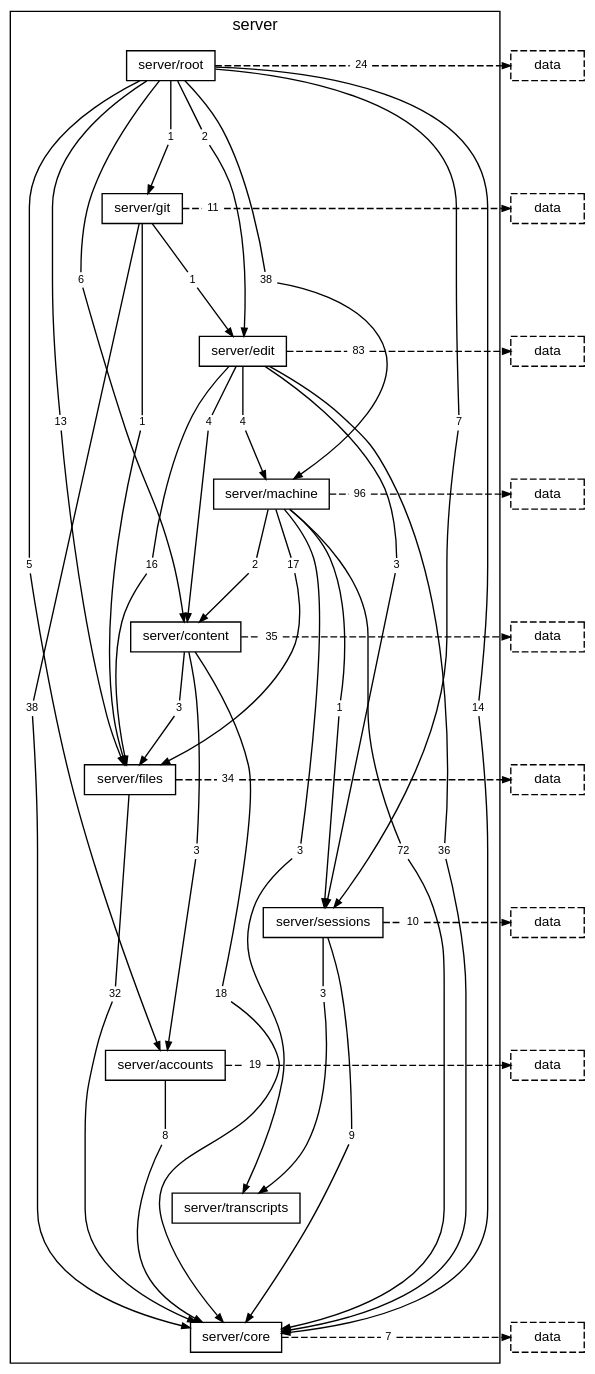
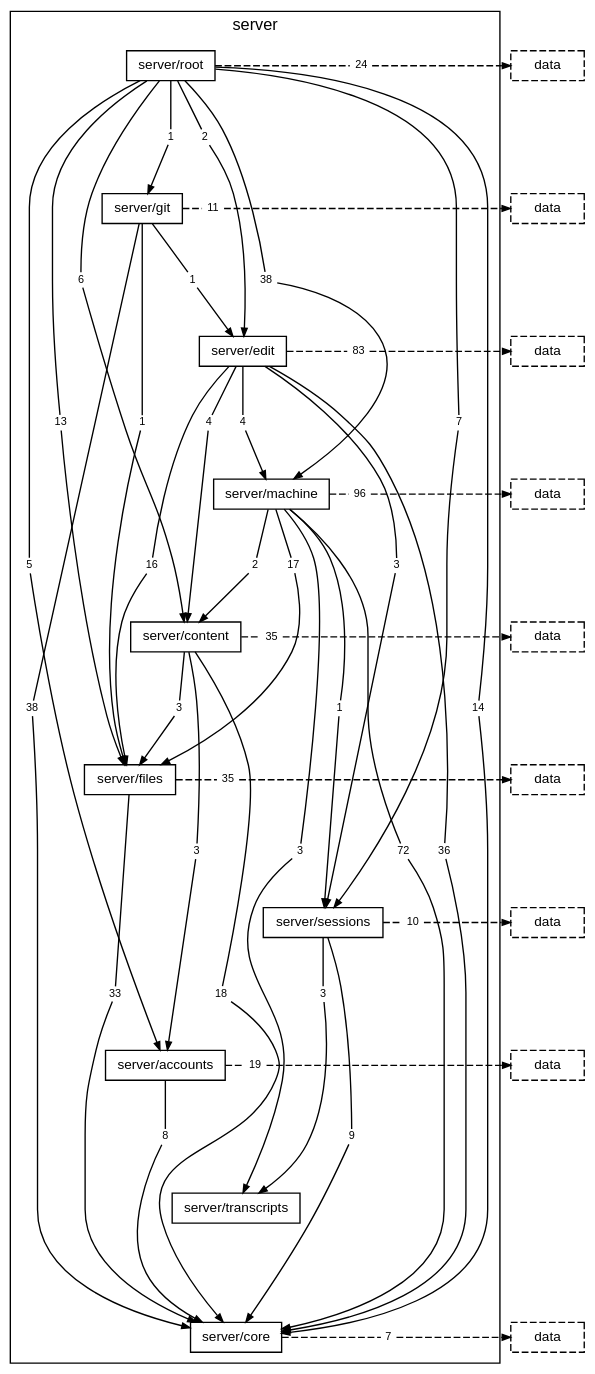
Before and after one commit to TheAxeC/oculus: the diagram in docs/diagrams/layer-server.dot, drawn with Graphviz. The commit also changed 63 other files, not shown here.

```diff
--- a/docs/diagrams/layer-server.dot
+++ b/docs/diagrams/layer-server.dot
@@ -43,8 +43,8 @@
         "folder server/content to folder server/core" [label="18", shape=box, color="transparent", fontsize=8, width=0, height=0, margin="0.04,0.02"];
         "folder server/content to folder server/files" [label="3", shape=box, color="transparent", fontsize=8, width=0, height=0, margin="0.04,0.02"];
         "folder server/content to layer data" [label="35", shape=box, color="transparent", fontsize=8, width=0, height=0, margin="0.04,0.02"];
-        "folder server/files to folder server/core" [label="32", shape=box, color="transparent", fontsize=8, width=0, height=0, margin="0.04,0.02"];
-        "folder server/files to layer data" [label="34", shape=box, color="transparent", fontsize=8, width=0, height=0, margin="0.04,0.02"];
+        "folder server/files to folder server/core" [label="33", shape=box, color="transparent", fontsize=8, width=0, height=0, margin="0.04,0.02"];
+        "folder server/files to layer data" [label="35", shape=box, color="transparent", fontsize=8, width=0, height=0, margin="0.04,0.02"];
         "folder server/sessions to folder server/core" [label="9", shape=box, color="transparent", fontsize=8, width=0, height=0, margin="0.04,0.02"];
         "folder server/sessions to folder server/transcripts" [label="3", shape=box, color="transparent", fontsize=8, width=0, height=0, margin="0.04,0.02"];
         "folder server/sessions to layer data" [label="10", shape=box, color="transparent", fontsize=8, width=0, height=0, margin="0.04,0.02"];
```
